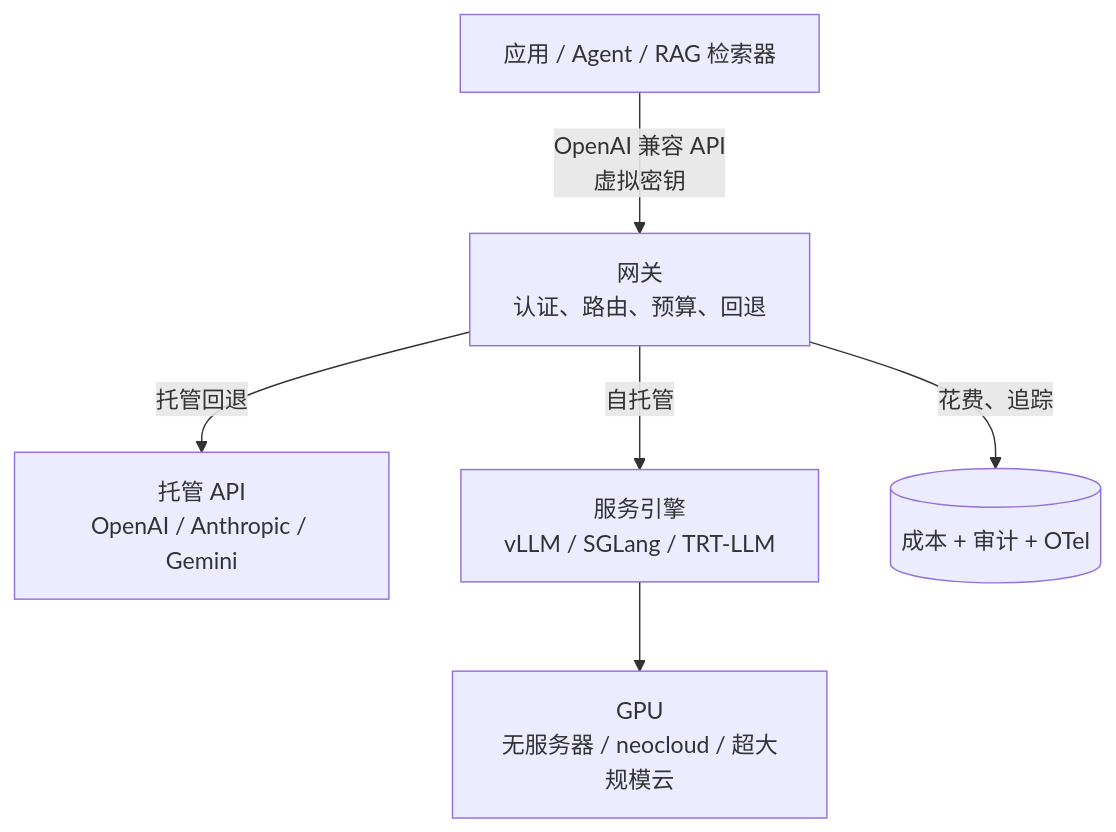
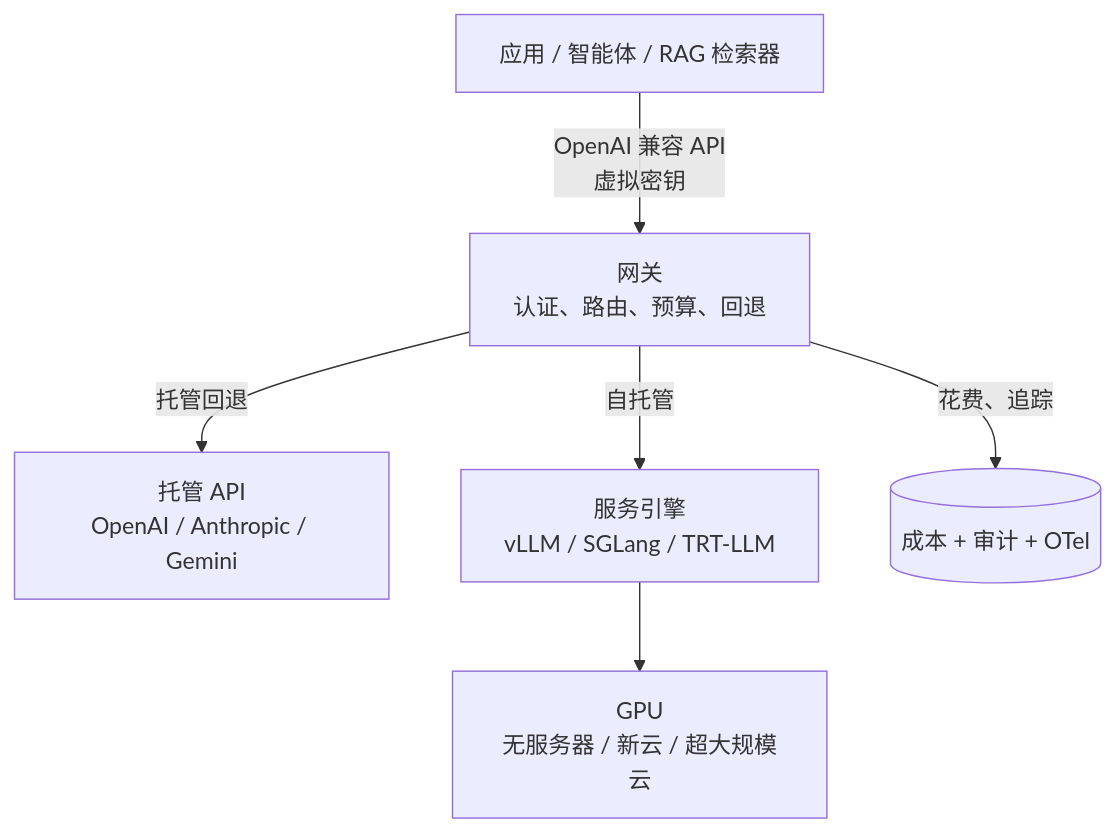
The first of 2 diagrams in zh/practice/02-serving-and-compute.qmd (latere-ai/ai-as-an-infrastructure), drawn with Mermaid before and after one commit. The commit also changed other lines of this file and 273 other files, not shown here.

Commit message:
docs: localize Chinese diagrams

````diff
--- a/zh/practice/02-serving-and-compute.qmd
+++ b/zh/practice/02-serving-and-compute.qmd
@@ -16,10 +16,10 @@
 ```{mermaid}
 %%| label: fig-serving-stack
 %%| fig-cap: "贯穿自托管栈的请求路径。一条 OpenAI 兼容接口从应用一直走到引擎，因此任一层都可被替换而不必重写其他层。"
 flowchart TB
-  app["应用 / Agent / RAG 检索器"] -->|"OpenAI 兼容 API<br/>虚拟密钥"| gw["网关<br/>认证、路由、预算、回退"]
+  app["应用 / 智能体 / RAG 检索器"] -->|"OpenAI 兼容 API<br/>虚拟密钥"| gw["网关<br/>认证、路由、预算、回退"]
   gw -->|"托管回退"| api["托管 API<br/>OpenAI / Anthropic / Gemini"]
   gw -->|"自托管"| eng["服务引擎<br/>vLLM / SGLang / TRT-LLM"]
-  eng --> gpu["GPU<br/>无服务器 / neocloud / 超大规模云"]
+  eng --> gpu["GPU<br/>无服务器 / 新云 / 超大规模云"]
   gw -->|"花费、追踪"| obs[("成本 + 审计 + OTel")]
 ```
````
